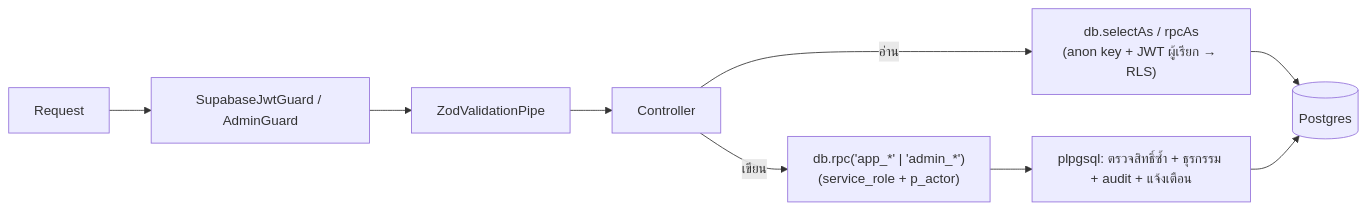
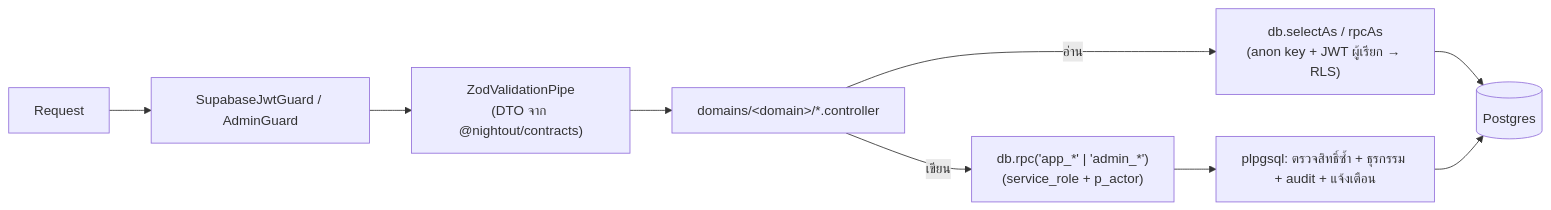
One commit to NightList/NightOut changed the third of 7 diagrams in docs/ARCHITECTURE.md. Above: the diagram before and after it, drawn with Mermaid. The commit also changed other lines of this file and 4 other files, not shown here.

First line of the commit message:
docs: ADR 0006 → Accepted · DATABASE.md ข้อ 5.0 แผนที่โดเมน→ฟังก์ชัน DB→migration ล่าสุด · ARCHITECTURE/CLAUDE.md ตามโครงโดเมน (เฟส 4)

````diff
--- a/docs/ARCHITECTURE.md
+++ b/docs/ARCHITECTURE.md
@@ -214,6 +238,6 @@
 ```mermaid
 flowchart LR
-  R[Request] --> G[SupabaseJwtGuard / AdminGuard] --> P[ZodValidationPipe] --> C[Controller]
+  R[Request] --> G[SupabaseJwtGuard / AdminGuard] --> P["ZodValidationPipe<br/>(DTO จาก @nightout/contracts)"] --> C["domains/&lt;domain&gt;/*.controller"]
   C -- อ่าน --> RA["db.selectAs / rpcAs<br/>(anon key + JWT ผู้เรียก → RLS)"] --> PG[(Postgres)]
   C -- เขียน --> RW["db.rpc('app_*' | 'admin_*')<br/>(service_role + p_actor)"] --> F["plpgsql: ตรวจสิทธิ์ซ้ำ + ธุรกรรม + audit + แจ้งเตือน"] --> PG
 ```
````
